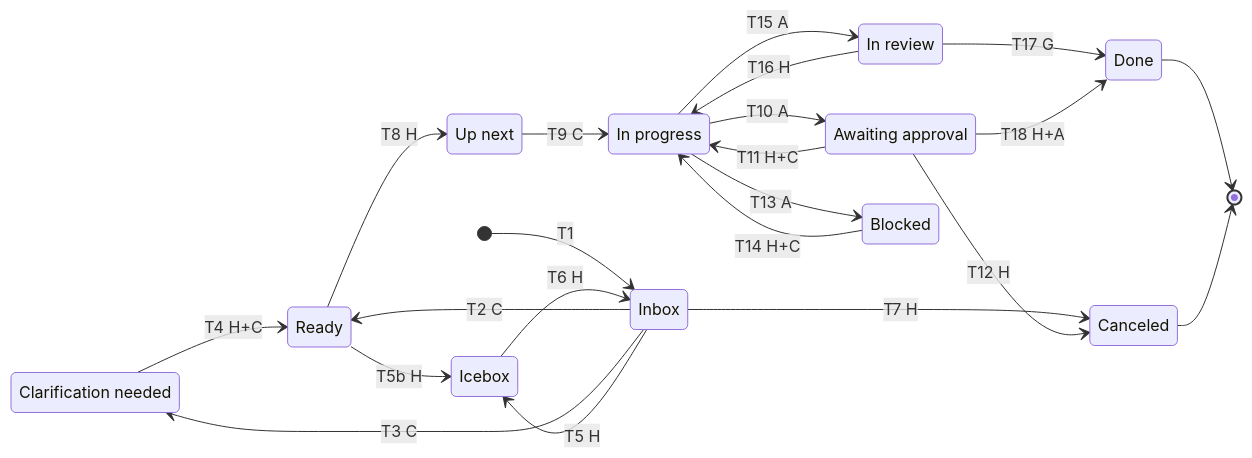
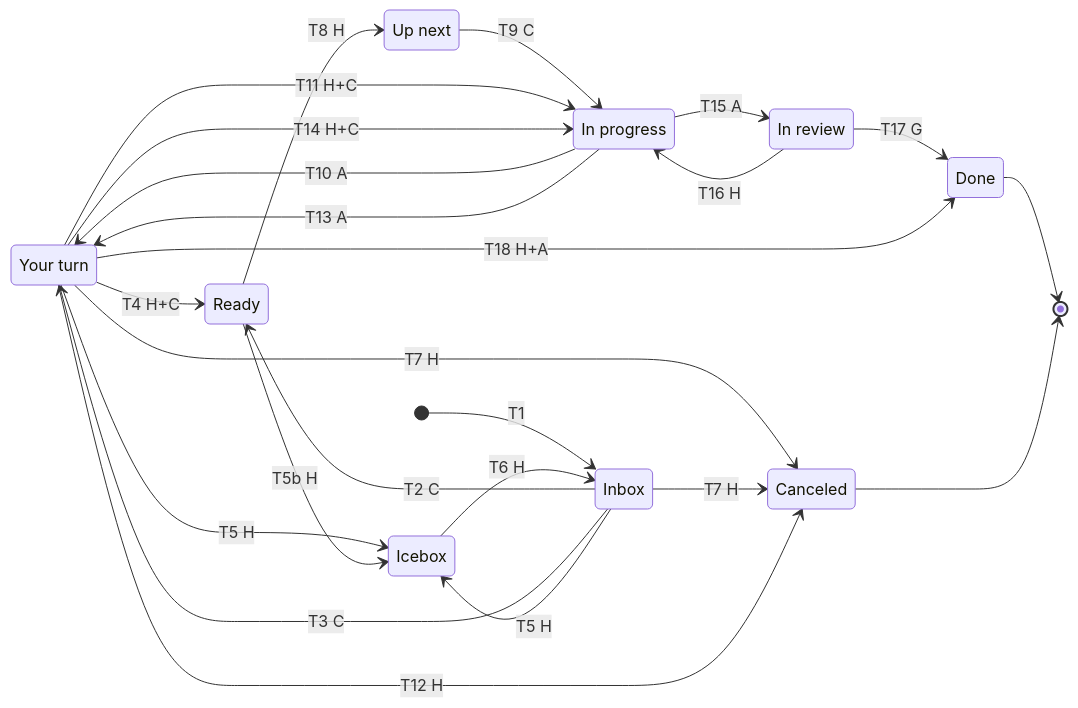
The first of 4 diagrams in docs/references/delivery-pipeline.md (smantzavinos/engineering-agents), drawn with Mermaid before and after one commit. The commit also changed other lines of this file and 13 other files, not shown here.

First line of the commit message:
docs: one Your turn queue, new PR labels, board tools and Finish in task (ADR 0008)

````diff
--- a/docs/references/delivery-pipeline.md
+++ b/docs/references/delivery-pipeline.md
@@ -59,30 +66,31 @@
 ```mermaid
 stateDiagram-v2
   direction LR
-  state "Clarification needed" as Clar
+  state "Your turn" as Turn
   state "Up next" as UpNext
   state "In progress" as InProg
-  state "Awaiting approval" as Await
   state "In review" as InRev
   [*] --> Inbox: T1
   Inbox --> Ready: T2 C
-  Inbox --> Clar: T3 C
-  Clar --> Ready: T4 H+C
+  Inbox --> Turn: T3 C
+  Turn --> Ready: T4 H+C
+  Turn --> Icebox: T5 H
+  Turn --> Canceled: T7 H
   Inbox --> Icebox: T5 H
   Ready --> Icebox: T5b H
   Icebox --> Inbox: T6 H
   Inbox --> Canceled: T7 H
   Ready --> UpNext: T8 H
   UpNext --> InProg: T9 C
-  InProg --> Await: T10 A
-  Await --> InProg: T11 H+C
-  Await --> Canceled: T12 H
-  InProg --> Blocked: T13 A
-  Blocked --> InProg: T14 H+C
+  InProg --> Turn: T10 A
+  Turn --> InProg: T11 H+C
+  Turn --> Canceled: T12 H
+  InProg --> Turn: T13 A
+  Turn --> InProg: T14 H+C
   InProg --> InRev: T15 A
   InRev --> InProg: T16 H
   InRev --> Done: T17 G
-  Await --> Done: T18 H+A
+  Turn --> Done: T18 H+A
   Done --> [*]
   Canceled --> [*]
 ```
````
